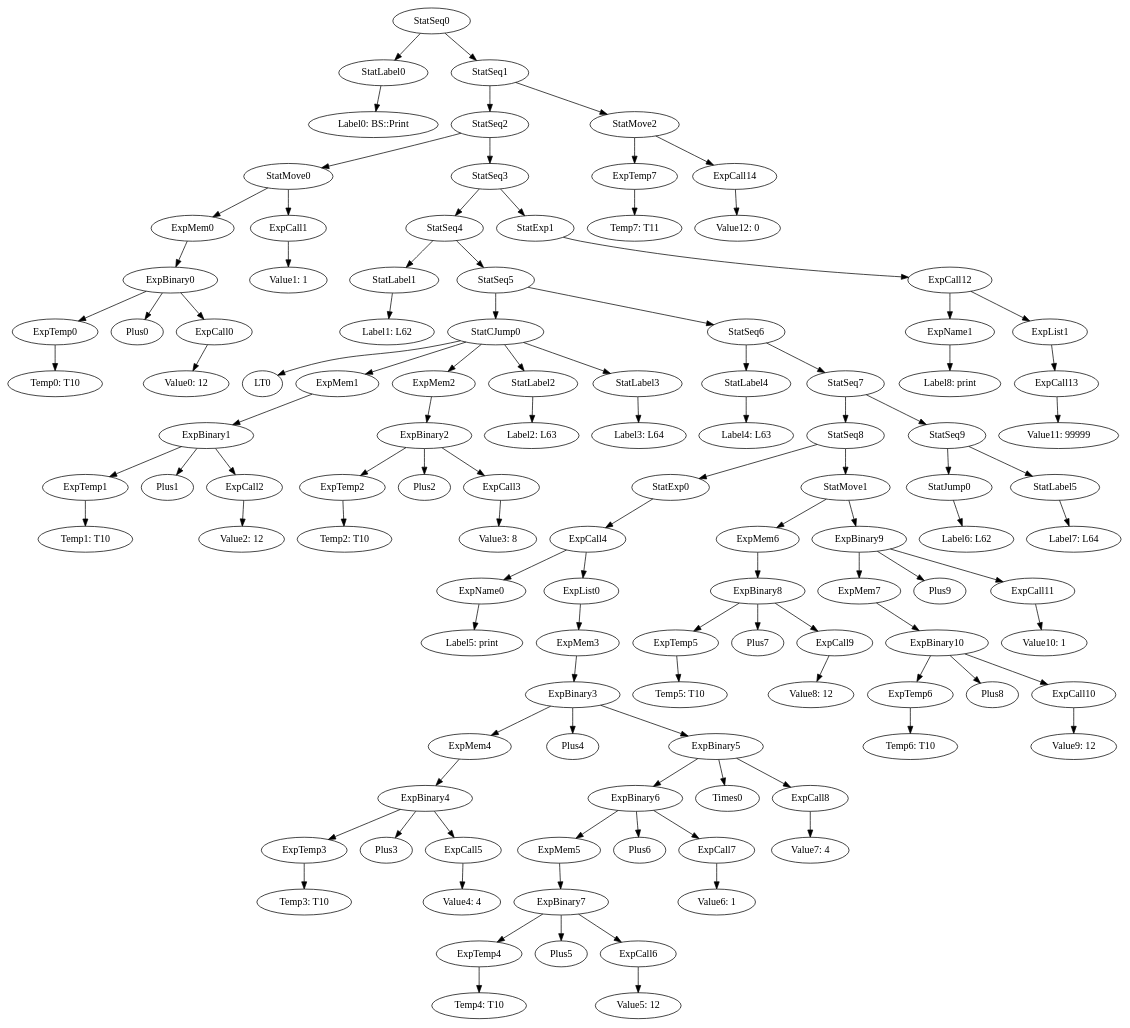
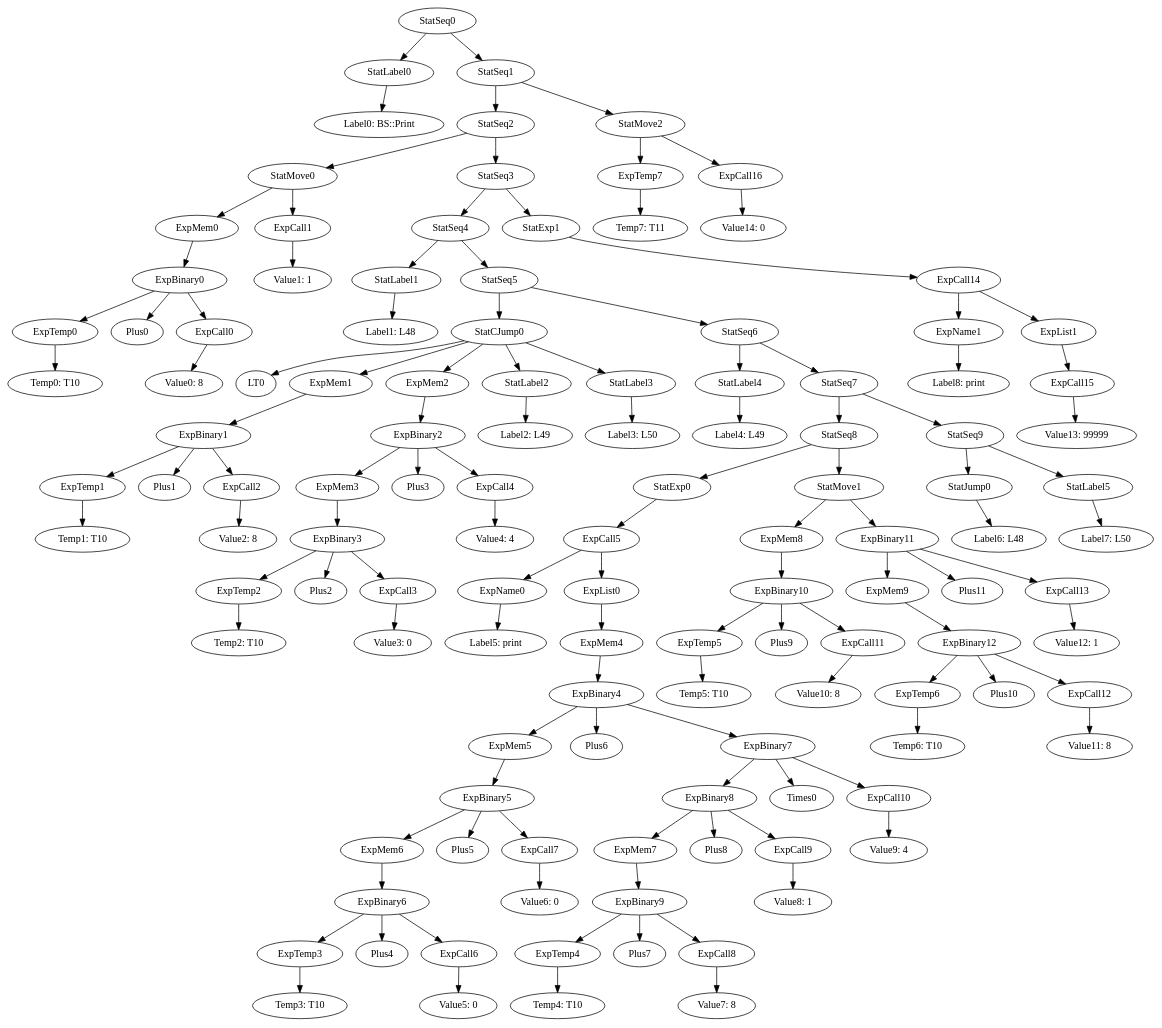
Before and after one commit to team-compilers/compilers: the diagram in MiniJava/results/SamplesCorrect/BinarySearch/irt_BS::Print.gv, drawn with Graphviz. The commit also changed 168 other files, not shown here.

```diff
--- a/MiniJava/results/SamplesCorrect/BinarySearch/irt_BS::Print.gv
+++ b/MiniJava/results/SamplesCorrect/BinarySearch/irt_BS::Print.gv
@@ -1,113 +1,123 @@
 digraph {
 	ordering = out;
-	ExpCall14 -> "Value12: 0";
+	ExpCall16 -> "Value14: 0";
 	StatMove2 -> ExpTemp7;
-	StatMove2 -> ExpCall14;
+	StatMove2 -> ExpCall16;
+	ExpCall15 -> "Value13: 99999";
+	ExpCall14 -> ExpName1;
+	ExpCall14 -> ExpList1;
+	ExpName1 -> "Label8: print";
+	ExpCall12 -> "Value11: 8";
+	StatSeq7 -> StatSeq8;
+	StatSeq7 -> StatSeq9;
+	ExpBinary12 -> ExpTemp6;
+	ExpBinary12 -> Plus10;
+	ExpBinary12 -> ExpCall12;
+	ExpTemp6 -> "Temp6: T10";
+	StatMove1 -> ExpMem8;
+	StatMove1 -> ExpBinary11;
 	StatSeq1 -> StatSeq2;
 	StatSeq1 -> StatMove2;
-	ExpCall12 -> ExpName1;
-	ExpCall12 -> ExpList1;
-	ExpName1 -> "Label8: print";
-	StatSeq7 -> StatSeq8;
-	StatSeq7 -> StatSeq9;
-	ExpCall11 -> "Value10: 1";
-	ExpBinary9 -> ExpMem7;
-	ExpBinary9 -> Plus9;
-	ExpBinary9 -> ExpCall11;
-	StatSeq3 -> StatSeq4;
-	StatSeq3 -> StatExp1;
-	ExpMem7 -> ExpBinary10;
-	ExpCall10 -> "Value9: 12";
-	ExpBinary10 -> ExpTemp6;
-	ExpBinary10 -> Plus8;
-	ExpBinary10 -> ExpCall10;
-	ExpTemp6 -> "Temp6: T10";
-	StatMove1 -> ExpMem6;
-	StatMove1 -> ExpBinary9;
-	ExpMem6 -> ExpBinary8;
-	ExpCall9 -> "Value8: 12";
+	ExpMem8 -> ExpBinary10;
+	ExpCall11 -> "Value10: 8";
+	ExpBinary10 -> ExpTemp5;
+	ExpBinary10 -> Plus9;
+	ExpBinary10 -> ExpCall11;
+	StatLabel5 -> "Label7: L50";
+	ExpTemp5 -> "Temp5: T10";
+	ExpMem4 -> ExpBinary4;
+	ExpCall5 -> ExpName0;
+	ExpCall5 -> ExpList0;
 	ExpTemp2 -> "Temp2: T10";
+	ExpMem9 -> ExpBinary12;
 	ExpMem1 -> ExpBinary1;
-	StatLabel3 -> "Label3: L64";
-	ExpBinary8 -> ExpTemp5;
-	ExpBinary8 -> Plus7;
-	ExpBinary8 -> ExpCall9;
 	ExpTemp1 -> "Temp1: T10";
-	ExpCall13 -> "Value11: 99999";
-	ExpBinary7 -> ExpTemp4;
-	ExpBinary7 -> Plus5;
-	ExpBinary7 -> ExpCall6;
-	StatLabel5 -> "Label7: L64";
-	ExpTemp5 -> "Temp5: T10";
-	ExpBinary0 -> ExpTemp0;
-	ExpBinary0 -> Plus0;
-	ExpBinary0 -> ExpCall0;
-	ExpMem4 -> ExpBinary4;
-	StatExp1 -> ExpCall12;
-	ExpCall2 -> "Value2: 12";
-	ExpCall7 -> "Value6: 1";
-	StatSeq4 -> StatLabel1;
-	StatSeq4 -> StatSeq5;
-	ExpMem2 -> ExpBinary2;
-	StatSeq9 -> StatJump0;
-	StatSeq9 -> StatLabel5;
-	ExpCall0 -> "Value0: 12";
-	StatLabel1 -> "Label1: L62";
-	StatMove0 -> ExpMem0;
-	StatMove0 -> ExpCall1;
-	StatJump0 -> "Label6: L62";
-	ExpCall1 -> "Value1: 1";
-	ExpTemp7 -> "Temp7: T11";
-	ExpTemp0 -> "Temp0: T10";
-	StatSeq5 -> StatCJump0;
-	StatSeq5 -> StatSeq6;
-	StatLabel4 -> "Label4: L63";
-	ExpMem5 -> ExpBinary7;
-	StatLabel0 -> "Label0: BS::Print";
-	ExpBinary2 -> ExpTemp2;
-	ExpBinary2 -> Plus2;
-	ExpBinary2 -> ExpCall3;
-	ExpList1 -> ExpCall13;
-	ExpCall3 -> "Value3: 8";
-	ExpBinary1 -> ExpTemp1;
-	ExpBinary1 -> Plus1;
-	ExpBinary1 -> ExpCall2;
-	ExpCall8 -> "Value7: 4";
-	ExpMem0 -> ExpBinary0;
-	ExpBinary6 -> ExpMem5;
-	ExpBinary6 -> Plus6;
-	ExpBinary6 -> ExpCall7;
-	StatSeq2 -> StatMove0;
-	StatSeq2 -> StatSeq3;
-	StatSeq6 -> StatLabel4;
-	StatSeq6 -> StatSeq7;
-	ExpTemp3 -> "Temp3: T10";
-	StatSeq8 -> StatExp0;
-	StatSeq8 -> StatMove1;
-	ExpName0 -> "Label5: print";
-	StatLabel2 -> "Label2: L63";
-	ExpCall4 -> ExpName0;
-	ExpCall4 -> ExpList0;
-	ExpCall5 -> "Value4: 4";
+	StatExp0 -> ExpCall5;
 	StatSeq0 -> StatLabel0;
 	StatSeq0 -> StatSeq1;
-	StatExp0 -> ExpCall4;
-	ExpBinary4 -> ExpTemp3;
-	ExpBinary4 -> Plus3;
-	ExpBinary4 -> ExpCall5;
-	ExpCall6 -> "Value5: 12";
-	ExpBinary3 -> ExpMem4;
-	ExpBinary3 -> Plus4;
-	ExpBinary3 -> ExpBinary5;
-	ExpTemp4 -> "Temp4: T10";
-	ExpBinary5 -> ExpBinary6;
-	ExpBinary5 -> Times0;
-	ExpBinary5 -> ExpCall8;
-	ExpMem3 -> ExpBinary3;
+	ExpCall13 -> "Value12: 1";
+	ExpBinary7 -> ExpBinary8;
+	ExpBinary7 -> Times0;
+	ExpBinary7 -> ExpCall10;
+	ExpList0 -> ExpMem4;
 	StatCJump0 -> LT0;
 	StatCJump0 -> ExpMem1;
 	StatCJump0 -> ExpMem2;
 	StatCJump0 -> StatLabel2;
 	StatCJump0 -> StatLabel3;
-	ExpList0 -> ExpMem3;
+	ExpBinary0 -> ExpTemp0;
+	ExpBinary0 -> Plus0;
+	ExpBinary0 -> ExpCall0;
+	StatExp1 -> ExpCall14;
+	ExpCall2 -> "Value2: 8";
+	ExpCall7 -> "Value6: 0";
+	StatSeq4 -> StatLabel1;
+	StatSeq4 -> StatSeq5;
+	StatSeq9 -> StatJump0;
+	StatSeq9 -> StatLabel5;
+	ExpCall0 -> "Value0: 8";
+	StatLabel1 -> "Label1: L48";
+	ExpMem2 -> ExpBinary2;
+	StatMove0 -> ExpMem0;
+	StatMove0 -> ExpCall1;
+	StatJump0 -> "Label6: L48";
+	ExpCall1 -> "Value1: 1";
+	ExpBinary3 -> ExpTemp2;
+	ExpBinary3 -> Plus2;
+	ExpBinary3 -> ExpCall3;
+	ExpTemp7 -> "Temp7: T11";
+	ExpTemp0 -> "Temp0: T10";
+	StatSeq5 -> StatCJump0;
+	StatSeq5 -> StatSeq6;
+	StatLabel4 -> "Label4: L49";
+	StatSeq3 -> StatSeq4;
+	StatSeq3 -> StatExp1;
+	ExpMem7 -> ExpBinary9;
+	ExpMem5 -> ExpBinary5;
+	StatLabel0 -> "Label0: BS::Print";
+	ExpBinary2 -> ExpMem3;
+	ExpBinary2 -> Plus3;
+	ExpBinary2 -> ExpCall4;
+	ExpMem3 -> ExpBinary3;
+	ExpCall9 -> "Value8: 1";
+	ExpList1 -> ExpCall15;
+	ExpCall3 -> "Value3: 0";
+	ExpBinary1 -> ExpTemp1;
+	ExpBinary1 -> Plus1;
+	ExpBinary1 -> ExpCall2;
+	ExpCall8 -> "Value7: 8";
+	ExpMem0 -> ExpBinary0;
+	ExpBinary6 -> ExpTemp3;
+	ExpBinary6 -> Plus4;
+	ExpBinary6 -> ExpCall6;
+	StatSeq2 -> StatMove0;
+	StatSeq2 -> StatSeq3;
+	ExpCall4 -> "Value4: 4";
+	StatLabel2 -> "Label2: L49";
+	StatLabel3 -> "Label3: L50";
+	ExpBinary8 -> ExpMem7;
+	ExpBinary8 -> Plus8;
+	ExpBinary8 -> ExpCall9;
+	StatSeq6 -> StatLabel4;
+	StatSeq6 -> StatSeq7;
+	StatSeq8 -> StatExp0;
+	StatSeq8 -> StatMove1;
+	ExpTemp3 -> "Temp3: T10";
+	ExpCall10 -> "Value9: 4";
+	ExpName0 -> "Label5: print";
+	ExpCall6 -> "Value5: 0";
+	ExpBinary4 -> ExpMem5;
+	ExpBinary4 -> Plus6;
+	ExpBinary4 -> ExpBinary7;
+	ExpMem6 -> ExpBinary6;
+	ExpBinary11 -> ExpMem9;
+	ExpBinary11 -> Plus11;
+	ExpBinary11 -> ExpCall13;
+	ExpBinary5 -> ExpMem6;
+	ExpBinary5 -> Plus5;
+	ExpBinary5 -> ExpCall7;
+	ExpTemp4 -> "Temp4: T10";
+	ExpBinary9 -> ExpTemp4;
+	ExpBinary9 -> Plus7;
+	ExpBinary9 -> ExpCall8;
 }
```
